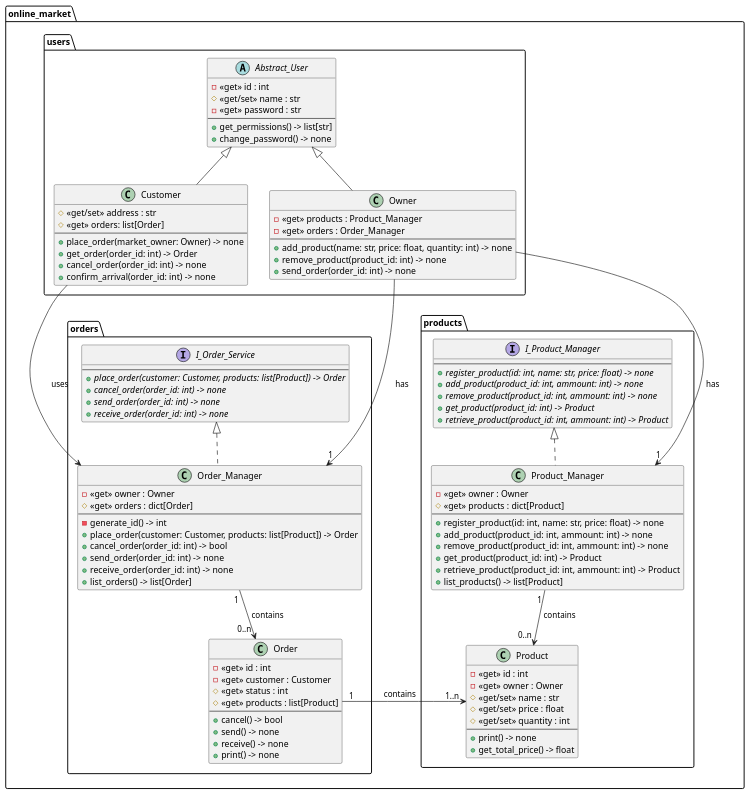
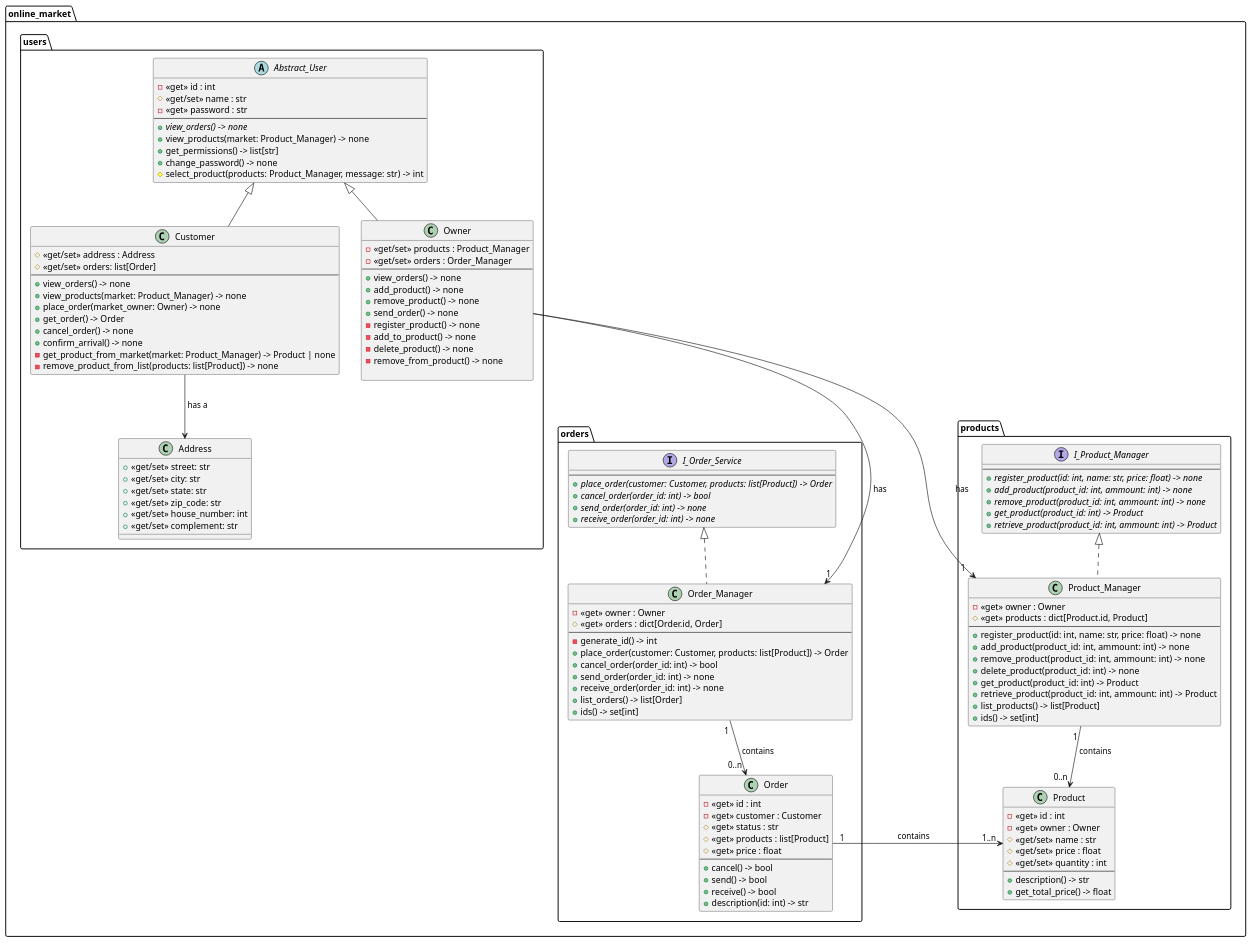
Before and after one commit to Brugger-UFMG/Online-Market: the diagram in docs/diagrama_uml.puml, drawn with PlantUML. The commit also changed 1 other file, not shown here.

```diff
--- a/docs/diagrama_uml.puml
+++ b/docs/diagrama_uml.puml
@@ -1,123 +1,150 @@
 @startuml online_market
+
 package online_market {
     package orders {
         interface I_Order_Service {
             --
             + {abstract} place_order(customer: Customer, products: list[Product]) -> Order
-            + {abstract} cancel_order(order_id: int) -> none
+            + {abstract} cancel_order(order_id: int) -> bool
             + {abstract} send_order(order_id: int) -> none
             + {abstract} receive_order(order_id: int) -> none
         }
 
         class Order_Manager {
             - «get» owner : Owner
-            # «get» orders : dict[Order]
+            # «get» orders : dict[Order.id, Order]
             --
             - generate_id() -> int
             + place_order(customer: Customer, products: list[Product]) -> Order
             + cancel_order(order_id: int) -> bool
             + send_order(order_id: int) -> none
             + receive_order(order_id: int) -> none
             + list_orders() -> list[Order]
+            + ids() -> set[int]
         }
 
         class Order {
             - «get» id : int
             - «get» customer : Customer
-            # «get» status : int
+            # «get» status : str
             # «get» products : list[Product]
+            # «get» price : float
             --
             + cancel() -> bool
-            + send() -> none
-            + receive() -> none
-            + print() -> none
+            + send() -> bool
+            + receive() -> bool
+            + description(id: int) -> str
         }
         
     }
 
     package products {
         interface I_Product_Manager {
             --
             + {abstract} register_product(id: int, name: str, price: float) -> none
             + {abstract} add_product(product_id: int, ammount: int) -> none
             + {abstract} remove_product(product_id: int, ammount: int) -> none
             + {abstract} get_product(product_id: int) -> Product
             + {abstract} retrieve_product(product_id: int, ammount: int) -> Product
         }
 
         class Product_Manager {
             - «get» owner : Owner
-            # «get» products : dict[Product]
+            # «get» products : dict[Product.id, Product]
             --
             + register_product(id: int, name: str, price: float) -> none
             + add_product(product_id: int, ammount: int) -> none
             + remove_product(product_id: int, ammount: int) -> none
+            + delete_product(product_id: int) -> none
             + get_product(product_id: int) -> Product
             + retrieve_product(product_id: int, ammount: int) -> Product
             + list_products() -> list[Product]
+            + ids() -> set[int]
         }
 
         class Product {
             - «get» id : int
             - «get» owner : Owner
             # «get/set» name : str 
             # «get/set» price : float
             # «get/set» quantity : int
             --
-            + print() -> none
+            + description() -> str
             + get_total_price() -> float
         }
     }
 
     package users {
         abstract class Abstract_User {
             - «get» id : int
             # «get/set» name : str
             - «get» password : str 
             --
+            + {abstract} view_orders() -> none
+            + view_products(market: Product_Manager) -> none
             + get_permissions() -> list[str]
             + change_password() -> none
+            # select_product(products: Product_Manager, message: str) -> int
         }
 
         class Owner {
-            - «get» products : Product_Manager
-            - «get» orders : Order_Manager
+            - «get/set» products : Product_Manager
+            - «get/set» orders : Order_Manager
             --
-            + add_product(name: str, price: float, quantity: int) -> none
-            + remove_product(product_id: int) -> none
-            + send_order(order_id: int) -> none
+            + view_orders() -> none
+            + add_product() -> none
+            + remove_product() -> none
+            + send_order() -> none
+            - register_product() -> none
+            - add_to_product() -> none
+            - delete_product() -> none
+            - remove_from_product() -> none
+
         }
 
         class Customer {
-            # «get/set» address : str
-            # «get» orders: list[Order]
+            # «get/set» address : Address
+            # «get/set» orders: list[Order]
             --
+            + view_orders() -> none
+            + view_products(market: Product_Manager) -> none
             + place_order(market_owner: Owner) -> none
-            + get_order(order_id: int) -> Order
-            + cancel_order(order_id: int) -> none
-            + confirm_arrival(order_id: int) -> none
+            + get_order() -> Order
+            + cancel_order() -> none
+            + confirm_arrival() -> none
+            - get_product_from_market(market: Product_Manager) -> Product | none
+            - remove_product_from_list(products: list[Product]) -> none
+        }
+
+        class Address {
+            + «get/set» street: str
+            + «get/set» city: str
+            + «get/set» state: str
+            + «get/set» zip_code: str
+            + «get/set» house_number: int
+            + «get/set» complement: str
         }
     }
 }
 
 ' orders
-I_Order_Service <|.. Order_Manager
+I_Order_Service <|.down. Order_Manager
 Product " 1..n " <-right-- " 1 " Order : " contains     "
 
-Order_Manager " 1 " --> " 0..n " Order : " contains "
+Order_Manager " 1 " -down-> " 0..n " Order : " contains "
 
 ' products
-I_Product_Manager <|.. Product_Manager
+I_Product_Manager <|.down. Product_Manager
 
-Product_Manager " 1 " --> " 0..n " Product : " contains "
+Product_Manager " 1 " -down-> " 0..n " Product : " contains "
 
 ' users
 Abstract_User <|-- Owner
 Abstract_User <|-- Customer
 
-Owner ---> " 1 " Order_Manager : " has "
-Owner ---> " 1 " Product_Manager : " has "
-Customer ---> Order_Manager : " uses "
+Owner -down--> " 1 " Order_Manager : " has "
+Owner -down--> " 1 " Product_Manager : " has "
+Customer -down-> Address : " has a "
 
 
 @enduml
```
